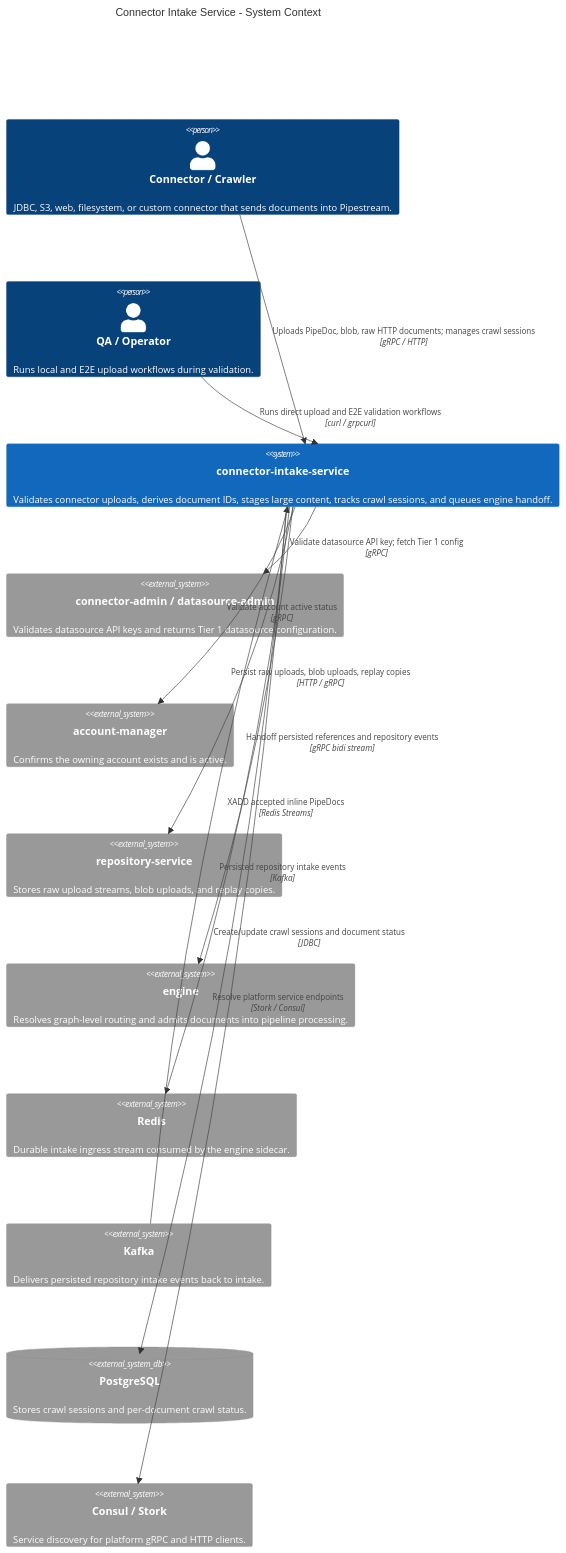
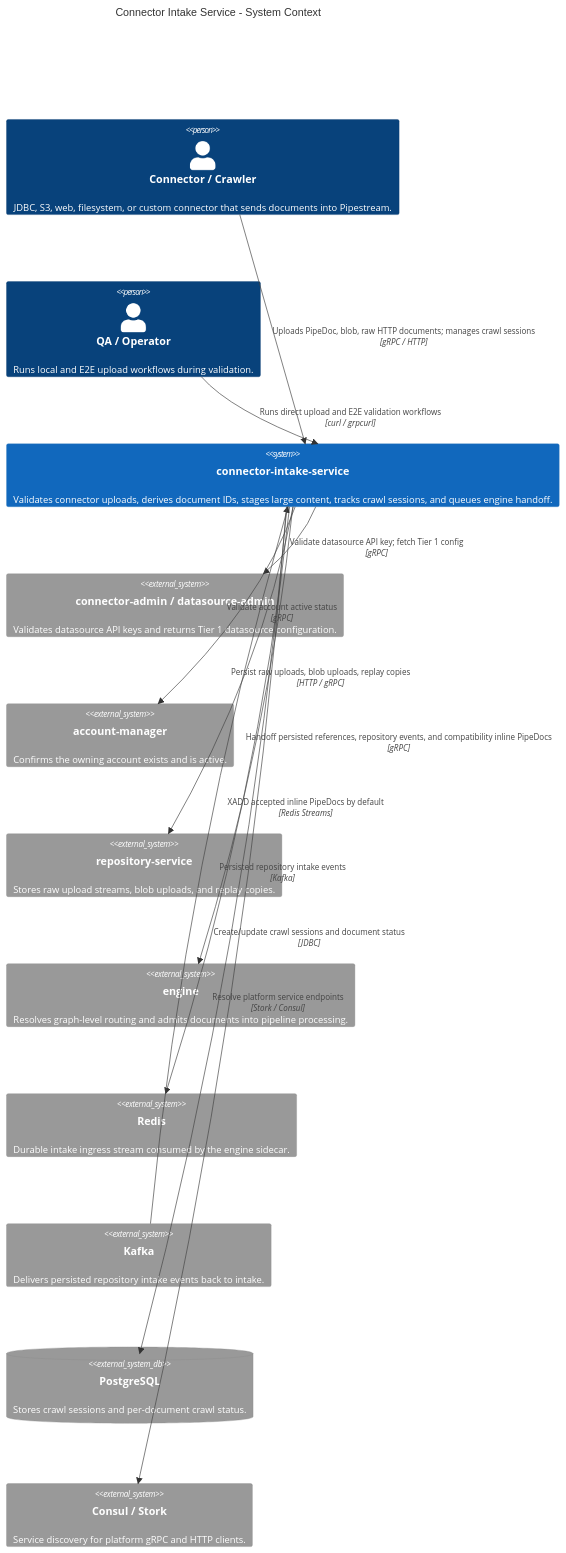
One commit to ai-pipestream/connector-intake-service changed the first of 6 diagrams in docs/architecture-c4.md. Above: the diagram before and after it, drawn with Mermaid. The commit also changed other lines of this file and 17 other files, not shown here.

First line of the commit message:
feat(intake): add inline handoff compatibility mode

````diff
--- a/docs/architecture-c4.md
+++ b/docs/architecture-c4.md
@@ -9,30 +9,30 @@
 ```mermaid
 C4Context
     title Connector Intake Service - System Context
 
     Person(connector, "Connector / Crawler", "JDBC, S3, web, filesystem, or custom connector that sends documents into Pipestream.")
     Person(qa, "QA / Operator", "Runs local and E2E upload workflows during validation.")
 
     System(intake, "connector-intake-service", "Validates connector uploads, derives document IDs, stages large content, tracks crawl sessions, and queues engine handoff.")
 
     System_Ext(connectorAdmin, "connector-admin / datasource-admin", "Validates datasource API keys and returns Tier 1 datasource configuration.")
     System_Ext(accountManager, "account-manager", "Confirms the owning account exists and is active.")
     System_Ext(repository, "repository-service", "Stores raw upload streams, blob uploads, and replay copies.")
     System_Ext(engine, "engine", "Resolves graph-level routing and admits documents into pipeline processing.")
     System_Ext(redis, "Redis", "Durable intake ingress stream consumed by the engine sidecar.")
     System_Ext(kafka, "Kafka", "Delivers persisted repository intake events back to intake.")
     SystemDb_Ext(postgres, "PostgreSQL", "Stores crawl sessions and per-document crawl status.")
     System_Ext(consul, "Consul / Stork", "Service discovery for platform gRPC and HTTP clients.")
 
     Rel(connector, intake, "Uploads PipeDoc, blob, raw HTTP documents; manages crawl sessions", "gRPC / HTTP")
     Rel(qa, intake, "Runs direct upload and E2E validation workflows", "curl / grpcurl")
 
     Rel(intake, connectorAdmin, "Validate datasource API key; fetch Tier 1 config", "gRPC")
     Rel(intake, accountManager, "Validate account active status", "gRPC")
     Rel(intake, repository, "Persist raw uploads, blob uploads, replay copies", "HTTP / gRPC")
-    Rel(intake, redis, "XADD accepted inline PipeDocs", "Redis Streams")
-    Rel(intake, engine, "Handoff persisted references and repository events", "gRPC bidi stream")
+    Rel(intake, redis, "XADD accepted inline PipeDocs by default", "Redis Streams")
+    Rel(intake, engine, "Handoff persisted references, repository events, and compatibility inline PipeDocs", "gRPC")
     Rel(kafka, intake, "Persisted repository intake events", "Kafka")
     Rel(intake, postgres, "Create/update crawl sessions and document status", "JDBC")
     Rel(intake, consul, "Resolve platform service endpoints", "Stork / Consul")
 ```
````
